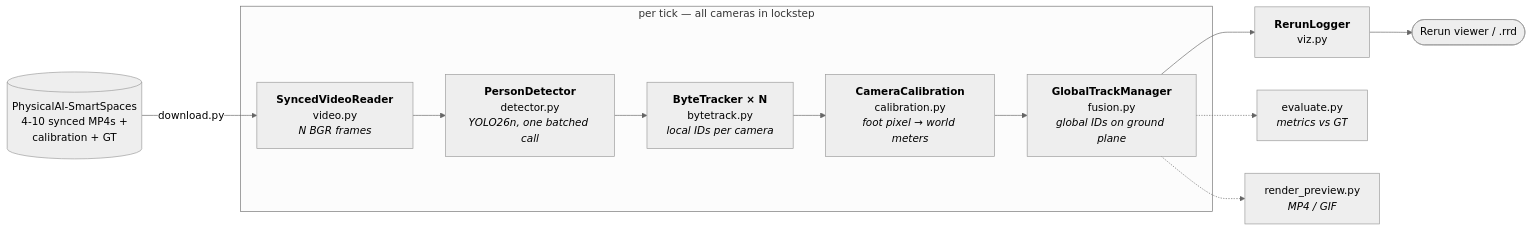
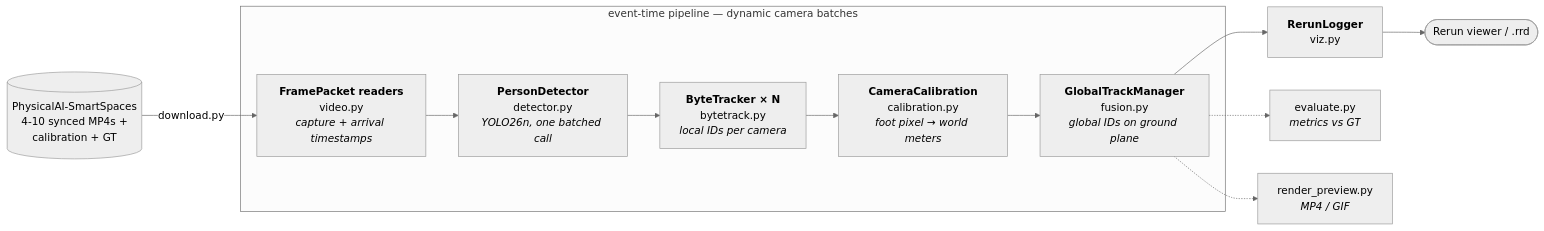
One commit to hahoangtuanhung-hust/Multi-Camera-Tracking changed the first of 2 diagrams in README.md. Above: the diagram before and after it, drawn with Mermaid (neutral theme). The commit also changed other lines of this file, not shown here.

Commit message:
docs: update architecture, benchmark results, and configuration reference

````diff
--- a/README.md
+++ b/README.md
@@ -93,17 +127,17 @@
 ```mermaid
 flowchart LR
-    subgraph tick ["per tick — all cameras in lockstep"]
-        V["<b>SyncedVideoReader</b><br/>video.py<br/><i>N BGR frames</i>"]
+    subgraph tick ["event-time pipeline — dynamic camera batches"]
+        V["<b>FramePacket readers</b><br/>video.py<br/><i>capture + arrival timestamps</i>"]
         D["<b>PersonDetector</b><br/>detector.py<br/><i>YOLO26n, one batched call</i>"]
         T["<b>ByteTracker × N</b><br/>bytetrack.py<br/><i>local IDs per camera</i>"]
         P["<b>CameraCalibration</b><br/>calibration.py<br/><i>foot pixel → world meters</i>"]
         F["<b>GlobalTrackManager</b><br/>fusion.py<br/><i>global IDs on ground plane</i>"]
         V --> D --> T --> P --> F
     end
 
     DS[("PhysicalAI-SmartSpaces<br/>4-10 synced MP4s +<br/>calibration + GT")] -->|download.py| V
     F --> RL["<b>RerunLogger</b><br/>viz.py"]
     RL --> RV(["Rerun viewer / .rrd"])
     F -.-> EV["evaluate.py<br/><i>metrics vs GT</i>"]
     F -.-> RP["render_preview.py<br/><i>MP4 / GIF</i>"]
 ```
````
